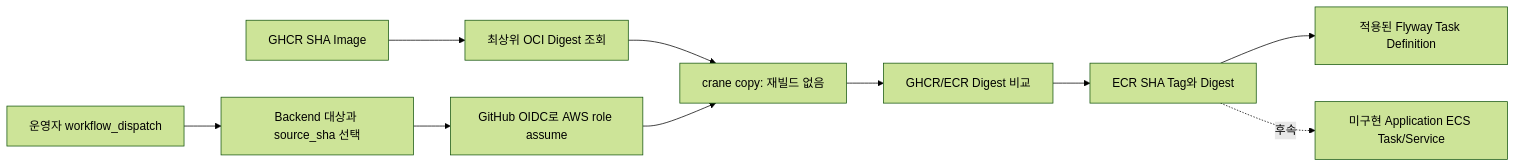
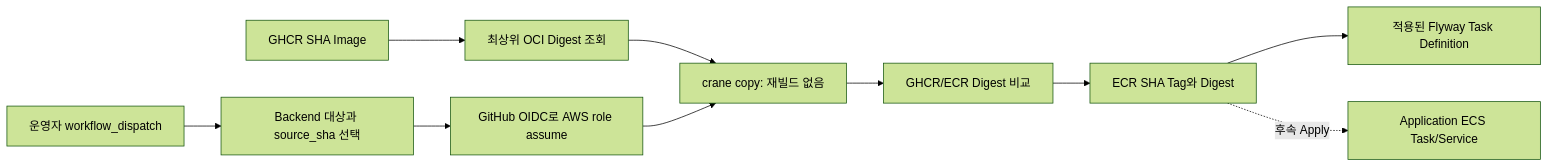
One commit to hyunmyungchoi/Spring-React-MSA changed the second of 3 diagrams in docs/architecture/cicd-deployment.md. Above: the diagram before and after it, drawn with Mermaid (forest theme). The commit also changed other lines of this file and 3 other files, not shown here.

````diff
--- a/docs/architecture/cicd-deployment.md
+++ b/docs/architecture/cicd-deployment.md
@@ -66,12 +66,12 @@
 ```mermaid
 flowchart LR
     G["GHCR SHA Image"] --> D["최상위 OCI Digest 조회"]
     O["운영자 workflow_dispatch"] --> S["Backend 대상과 source_sha 선택"]
     S --> I["GitHub OIDC로 AWS role assume"]
     D --> C["crane copy: 재빌드 없음"]
     I --> C
     C --> V["GHCR/ECR Digest 비교"]
     V --> E["ECR SHA Tag와 Digest"]
     E --> M["적용된 Flyway Task Definition"]
-    E -. "후속" .-> X["미구현 Application ECS Task/Service"]
+    E -. "후속 Apply" .-> X["Application ECS Task/Service"]
 ```
````
